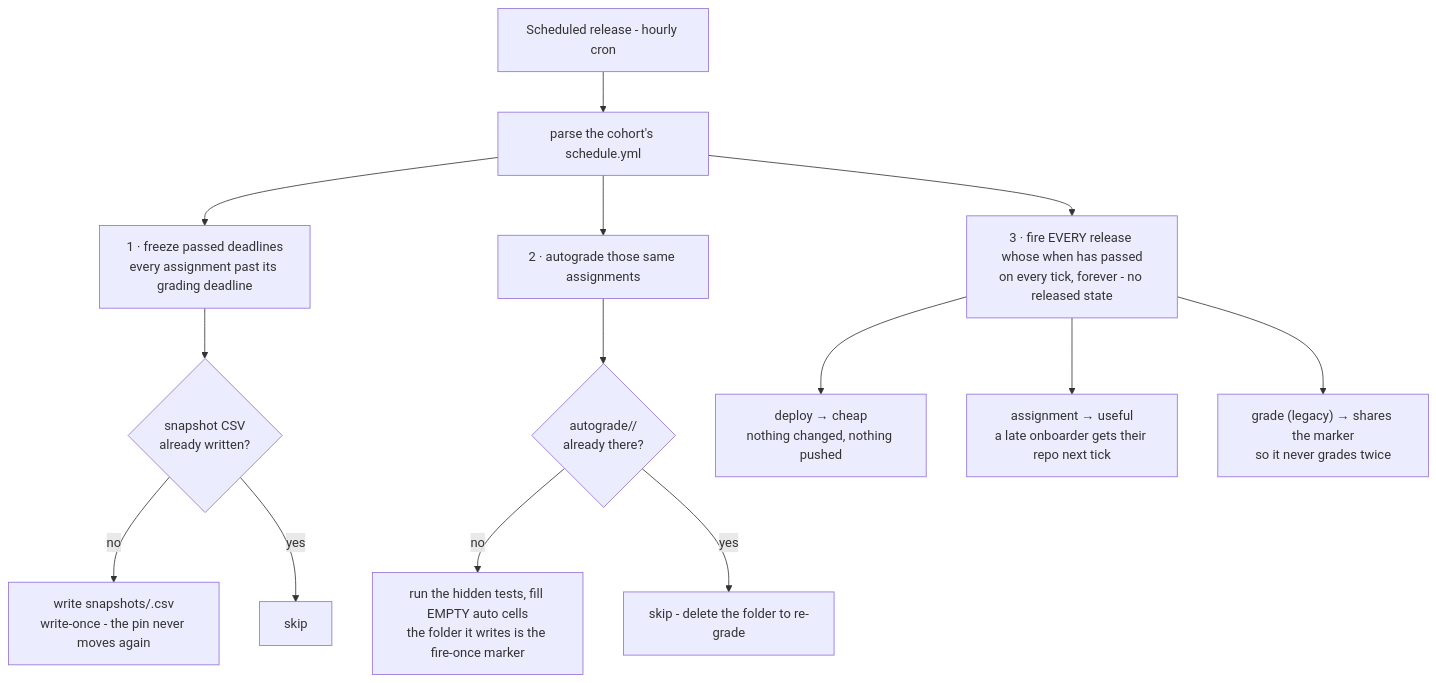
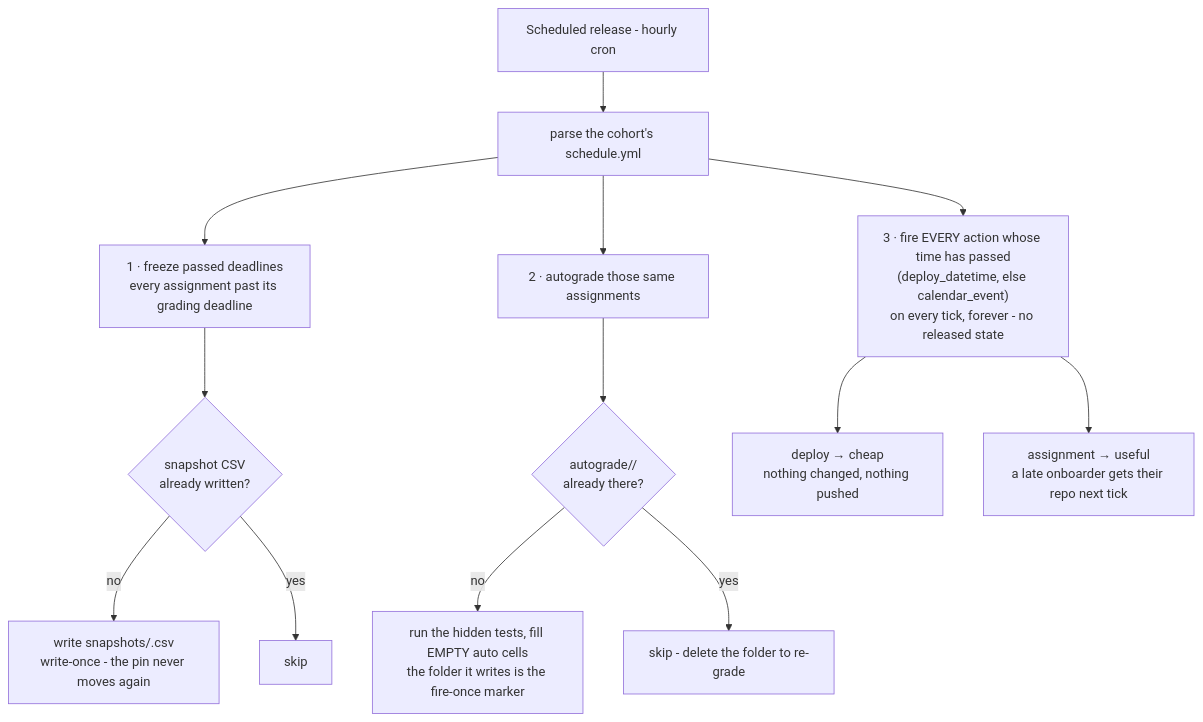
The diagram in docs/faculty-and-instructors/06-schedule-releases.md (hertie-data-science-lab/dsl-teaching-course-setup), drawn with Mermaid before and after one commit. The commit also changed other lines of this file and 49 other files, not shown here.

First line of the commit message:
feat: seeding samples, scaffold inputs, calendar/deploy disaggregation

````diff
--- a/docs/faculty-and-instructors/06-schedule-releases.md
+++ b/docs/faculty-and-instructors/06-schedule-releases.md
@@ -100,25 +126,24 @@
 ```mermaid
 flowchart TB
   cron["Scheduled release - hourly cron"] --> parse["parse the cohort's schedule.yml"]
   parse --> p1["`1 · freeze passed deadlines
 every assignment past its grading deadline`"]
   p1 --> snap{"`snapshot CSV
 already written?`"}
   snap -- no --> freeze["`write snapshots/<slug>.csv
 write-once - the pin never moves again`"]
   snap -- yes --> skip["skip"]
   parse --> p2["`2 · autograde those same assignments`"]
   p2 --> mark{"`autograde/<slug>/
 already there?`"}
   mark -- no --> grade["`run the hidden tests, fill EMPTY auto cells
 the folder it writes is the fire-once marker`"]
   mark -- yes --> skip2["skip - delete the folder to re-grade"]
-  parse --> p3["`3 · fire EVERY release whose when has passed
+  parse --> p3["`3 · fire EVERY action whose time has passed
+(deploy_datetime, else calendar_event)
 on every tick, forever - no released state`"]
   p3 --> dep["`deploy → cheap
 nothing changed, nothing pushed`"]
   p3 --> asg["`assignment → useful
 a late onboarder gets their repo next tick`"]
-  p3 --> grd["`grade (legacy) → shares the marker
-so it never grades twice`"]
 ```
````
